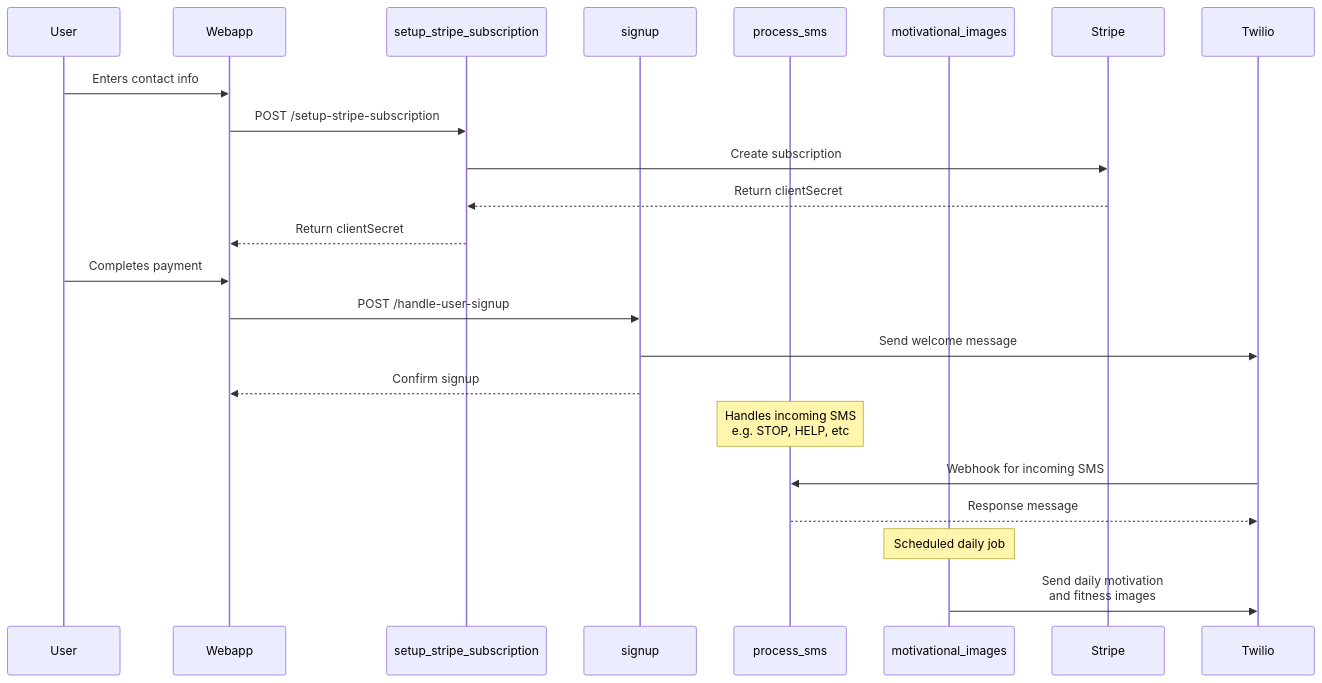
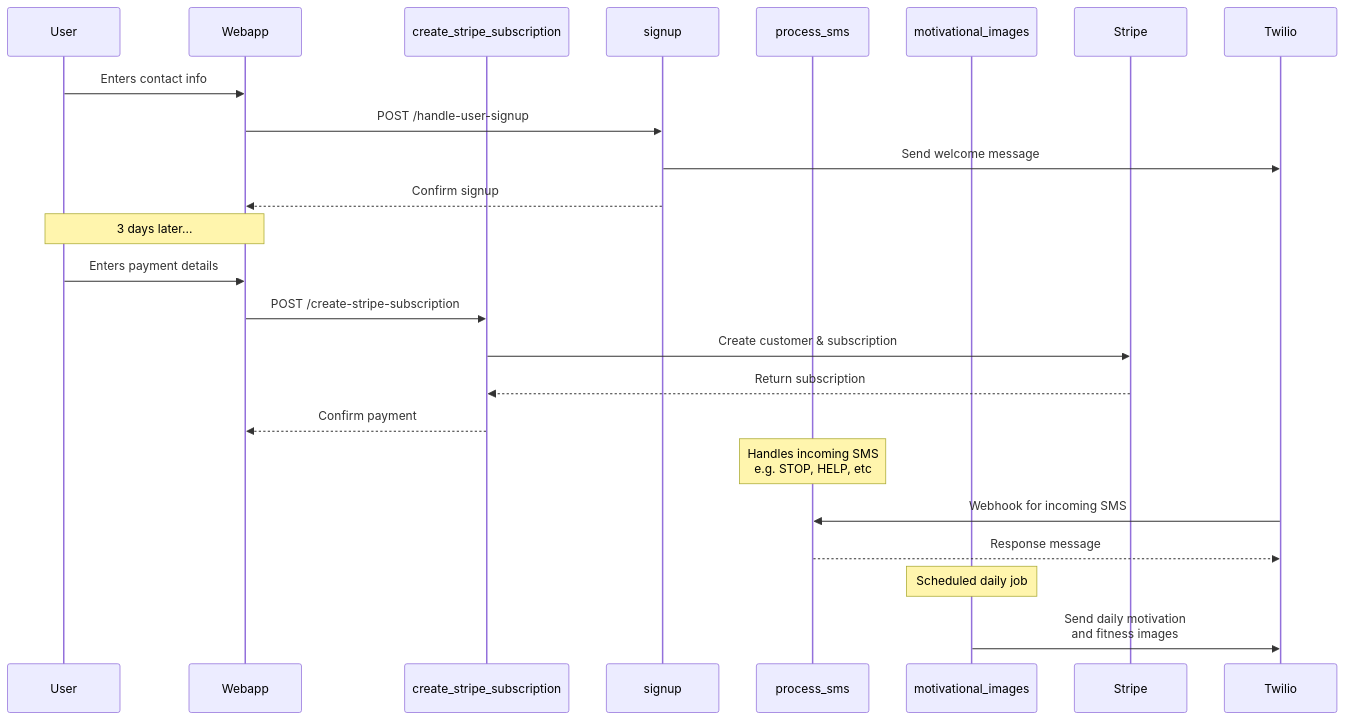
Before and after one commit to Harrolee/cabo: the diagram in README.md, drawn with Mermaid. The commit also changed 8 other files, not shown here.

````diff
--- a/README.md
+++ b/README.md
@@ -11,29 +11,30 @@
 ```mermaid
 sequenceDiagram
     participant User
     participant Webapp
-    participant setup_stripe_subscription
+    participant create_stripe_subscription
     participant signup
     participant process_sms
     participant motivational_images
     participant Stripe
     participant Twilio
 
     User->>Webapp: Enters contact info
-    Webapp->>setup_stripe_subscription: POST /setup-stripe-subscription
-    setup_stripe_subscription->>Stripe: Create subscription
-    Stripe-->>setup_stripe_subscription: Return clientSecret
-    setup_stripe_subscription-->>Webapp: Return clientSecret
-
-    User->>Webapp: Completes payment
     Webapp->>signup: POST /handle-user-signup
     signup->>Twilio: Send welcome message
     signup-->>Webapp: Confirm signup
+
+    Note over User,Webapp: 3 days later...
+    User->>Webapp: Enters payment details
+    Webapp->>create_stripe_subscription: POST /create-stripe-subscription
+    create_stripe_subscription->>Stripe: Create customer & subscription
+    Stripe-->>create_stripe_subscription: Return subscription
+    create_stripe_subscription-->>Webapp: Confirm payment
 
     Note over process_sms: Handles incoming SMS<br/>e.g. STOP, HELP, etc
     Twilio->>process_sms: Webhook for incoming SMS
     process_sms-->>Twilio: Response message
 
     Note over motivational_images: Scheduled daily job
     motivational_images->>Twilio: Send daily motivation<br/>and fitness images
 ```
````
